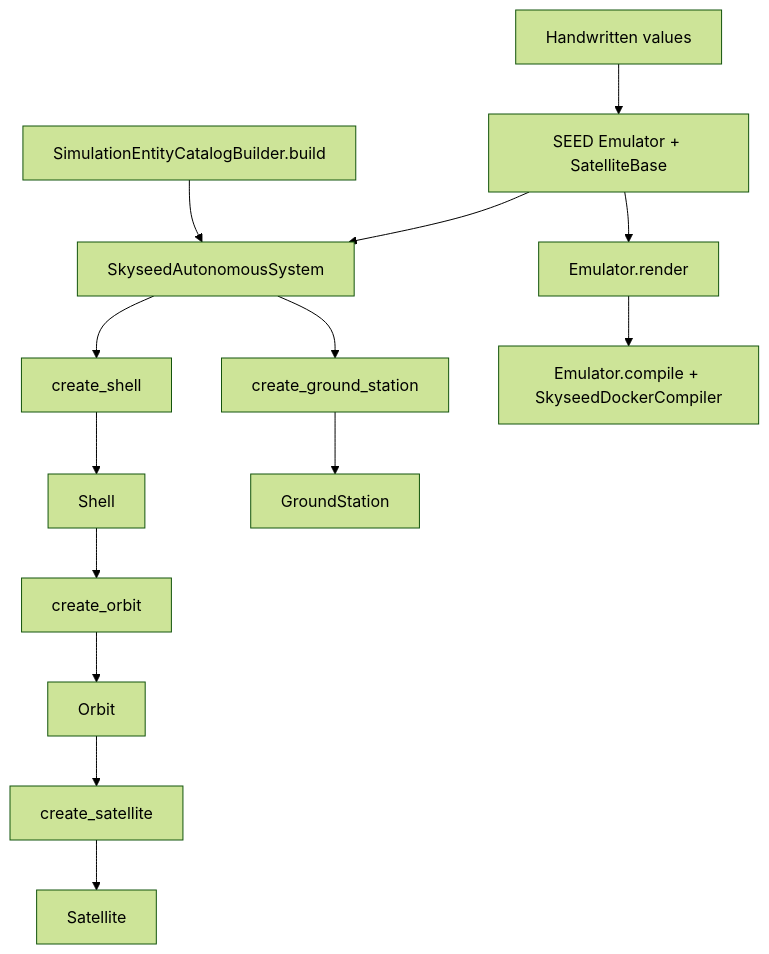
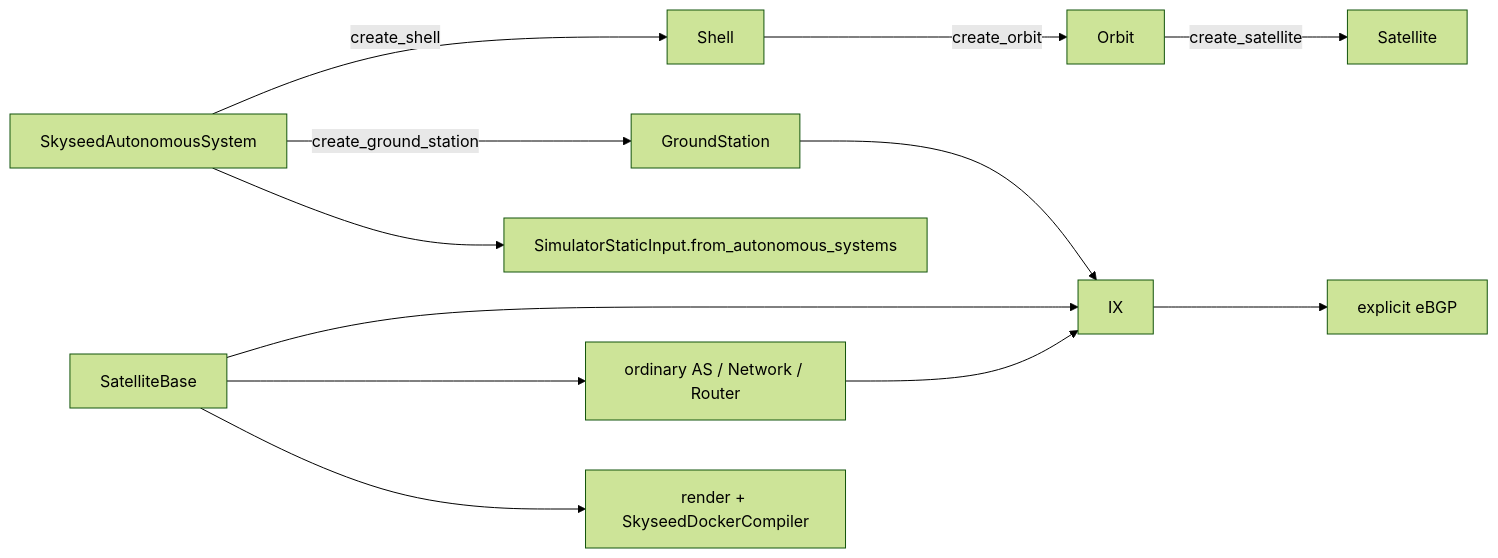
The second of 4 diagrams in skyseed_v2/docs/architecture/emulator-public-construction-api.md (seed-labs/skyseed), drawn with Mermaid (forest theme) before and after one commit. The commit also changed other lines of this file and 22 other files, not shown here.

Commit message:
Synchronize package architecture records

````diff
--- a/skyseed_v2/docs/architecture/emulator-public-construction-api.md
+++ b/skyseed_v2/docs/architecture/emulator-public-construction-api.md
@@ -306,24 +80,14 @@
 ```mermaid
-flowchart TD
-    Values[Handwritten values]
-    Emulator[SEED Emulator + SatelliteBase]
-    AS[SkyseedAutonomousSystem]
-    CreateShell[create_shell]
-    Shell[Shell]
-    CreateOrbit[create_orbit]
-    Orbit[Orbit]
-    CreateSatellite[create_satellite]
-    Satellite[Satellite]
-    CreateGS[create_ground_station]
-    GS[GroundStation]
-    Catalog[SimulationEntityCatalogBuilder.build]
-    Render[Emulator.render]
-    Compile[Emulator.compile + SkyseedDockerCompiler]
-
-    Values --> Emulator --> AS
-    AS --> CreateShell --> Shell --> CreateOrbit --> Orbit
-    Orbit --> CreateSatellite --> Satellite
-    AS --> CreateGS --> GS
-    Catalog --> AS
-    Emulator --> Render --> Compile
+flowchart LR
+    A[SkyseedAutonomousSystem] -->|create_shell| S[Shell]
+    S -->|create_orbit| O[Orbit]
+    O -->|create_satellite| T[Satellite]
+    A -->|create_ground_station| G[GroundStation]
+    B[SatelliteBase] --> X[IX]
+    B --> N[ordinary AS / Network / Router]
+    G --> X
+    N --> X
+    X --> P[explicit eBGP]
+    A --> I[SimulatorStaticInput.from_autonomous_systems]
+    B --> C[render + SkyseedDockerCompiler]
 ```
````
